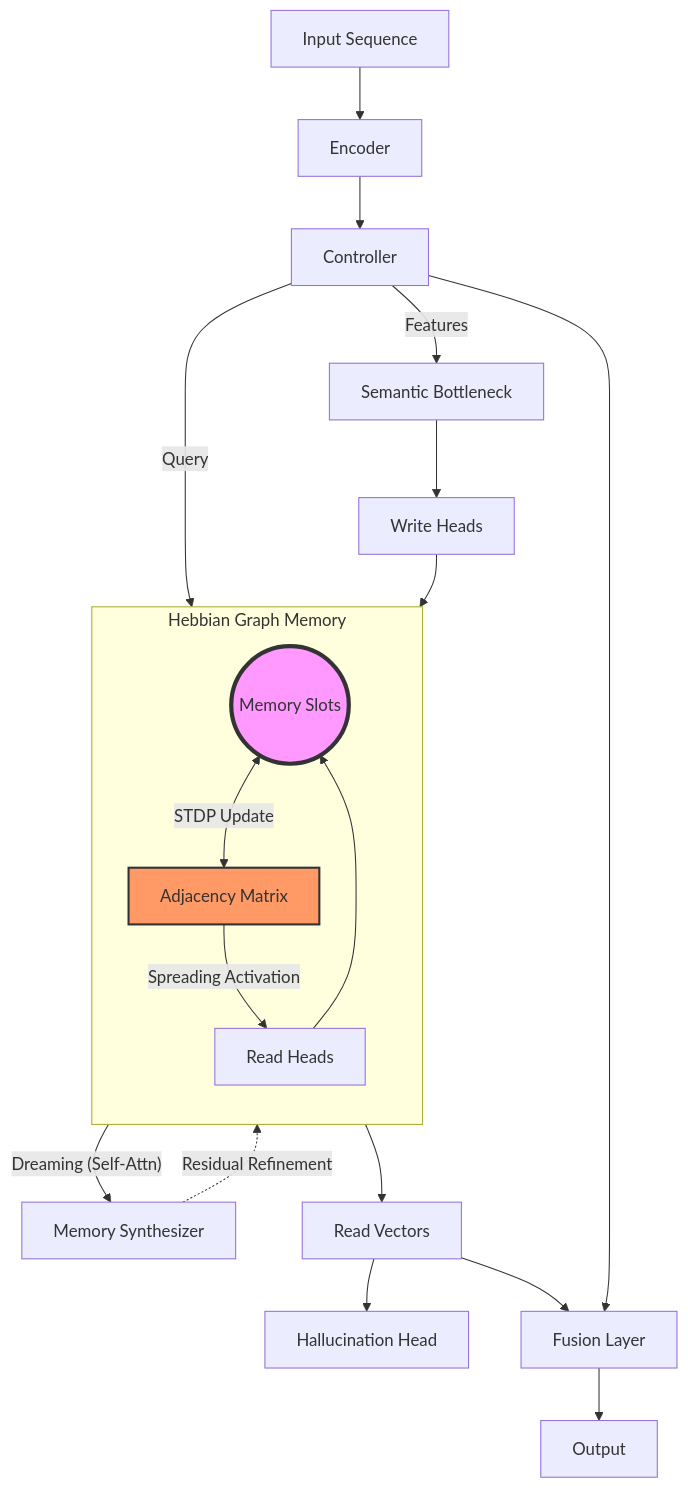
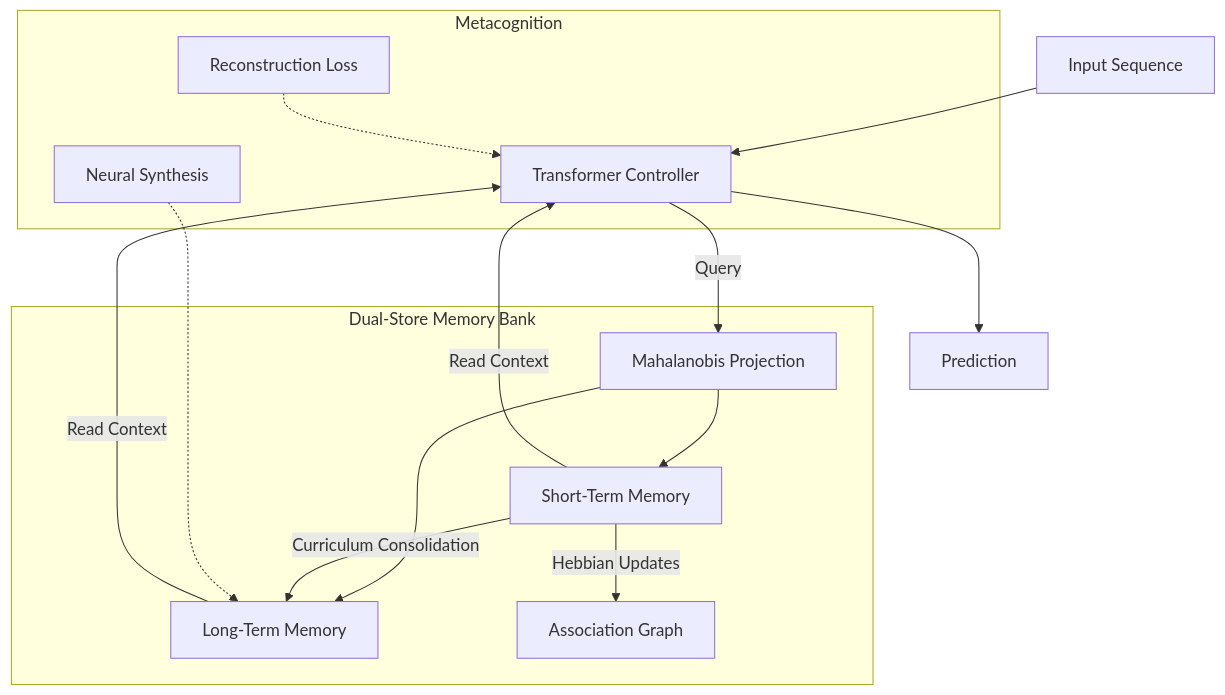
The diagram in README.md (Ant1pozitive/memory-is-all-you-need), drawn with Mermaid before and after one commit. The commit also changed other lines of this file and 3 other files, not shown here.

Commit message:
Add Mahalanobis-like Addressing and Curriculum Consolidation

````diff
--- a/README.md
+++ b/README.md
@@ -96,32 +38,22 @@
 ```mermaid
 graph TD
-    Input[Input Sequence] --> Encoder
-    Encoder --> Controller
+    Input[Input Sequence] --> Controller[Transformer Controller]
+    Controller --> |Query| Metric[Mahalanobis Projection]
     
-    subgraph "Hebbian Graph Memory"
-        direction TB
-        Slots((Memory Slots))
-        Graph[Adjacency Matrix]
-        
-        Slots <-->|STDP Update| Graph
-        Graph -->|Spreading Activation| Read
+    subgraph "Dual-Store Memory Bank"
+        Metric --> STM[Short-Term Memory]
+        Metric --> LTM[Long-Term Memory]
+        STM --> |Curriculum Consolidation| LTM
+        STM --> |Hebbian Updates| Graph[Association Graph]
     end
     
-    Controller -- "Query" --> Read[Read Heads]
-    Read --> Slots
+    STM --> |Read Context| Controller
+    LTM --> |Read Context| Controller
+    Controller --> Output[Prediction]
     
-    Controller -- "Features" --> Bottleneck[Semantic Bottleneck]
-    Bottleneck --> Write[Write Heads]
-    Write --> Slots
-    
-    Slots -- "Dreaming (Self-Attn)" --> Synthesizer[Memory Synthesizer]
-    Synthesizer -.->|Residual Refinement| Slots
-    
-    Slots --> ReadVec[Read Vectors]
-    ReadVec --> ReconHead[Hallucination Head]
-    ReadVec --> Fusion[Fusion Layer]
-    Controller --> Fusion --> Output
-    
-    style Graph fill:#f96,stroke:#333,stroke-width:2px
-    style Slots fill:#f9f,stroke:#333,stroke-width:4px
+    subgraph "Metacognition"
+        Dreaming[Neural Synthesis] -.-> LTM
+        Hallucination[Reconstruction Loss] -.-> Controller
+    end
+
 ```
````
